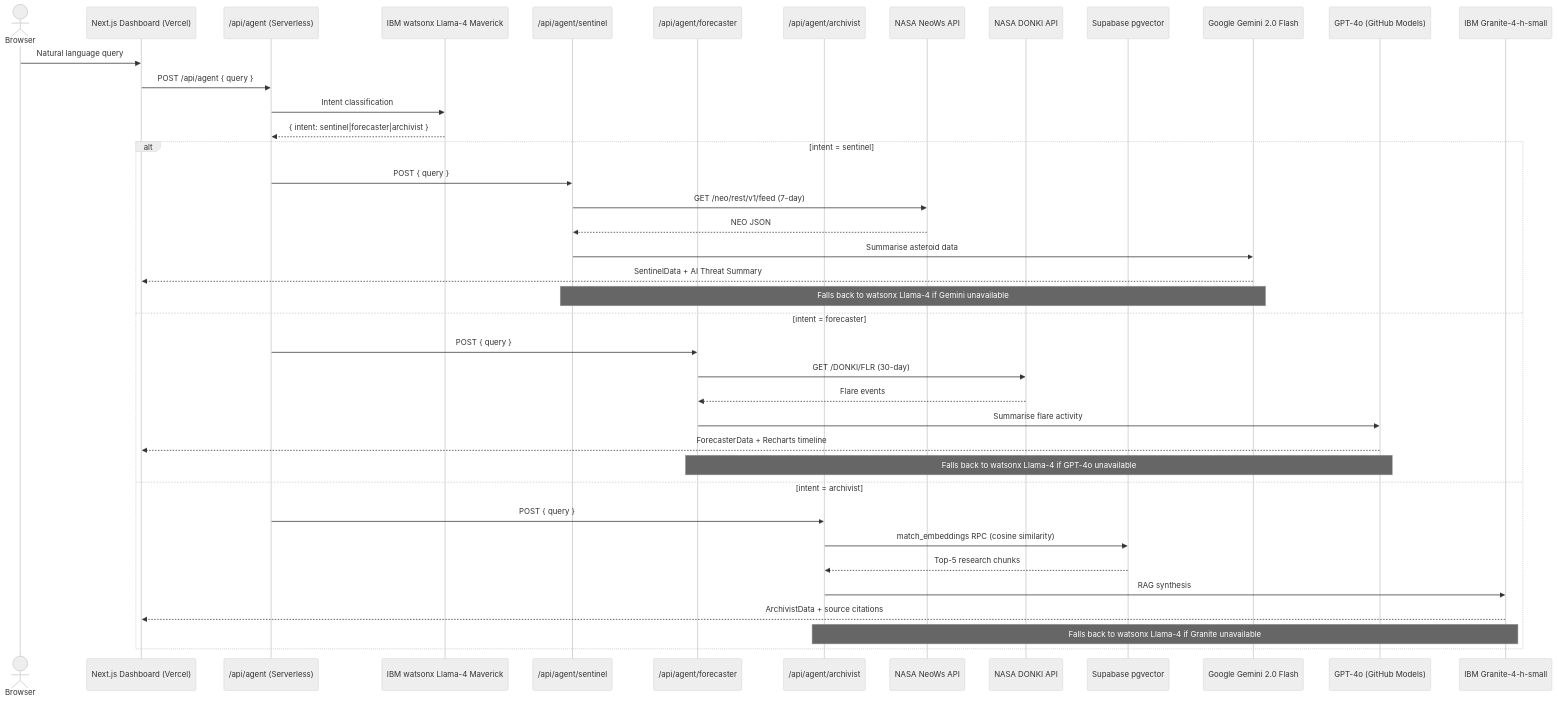
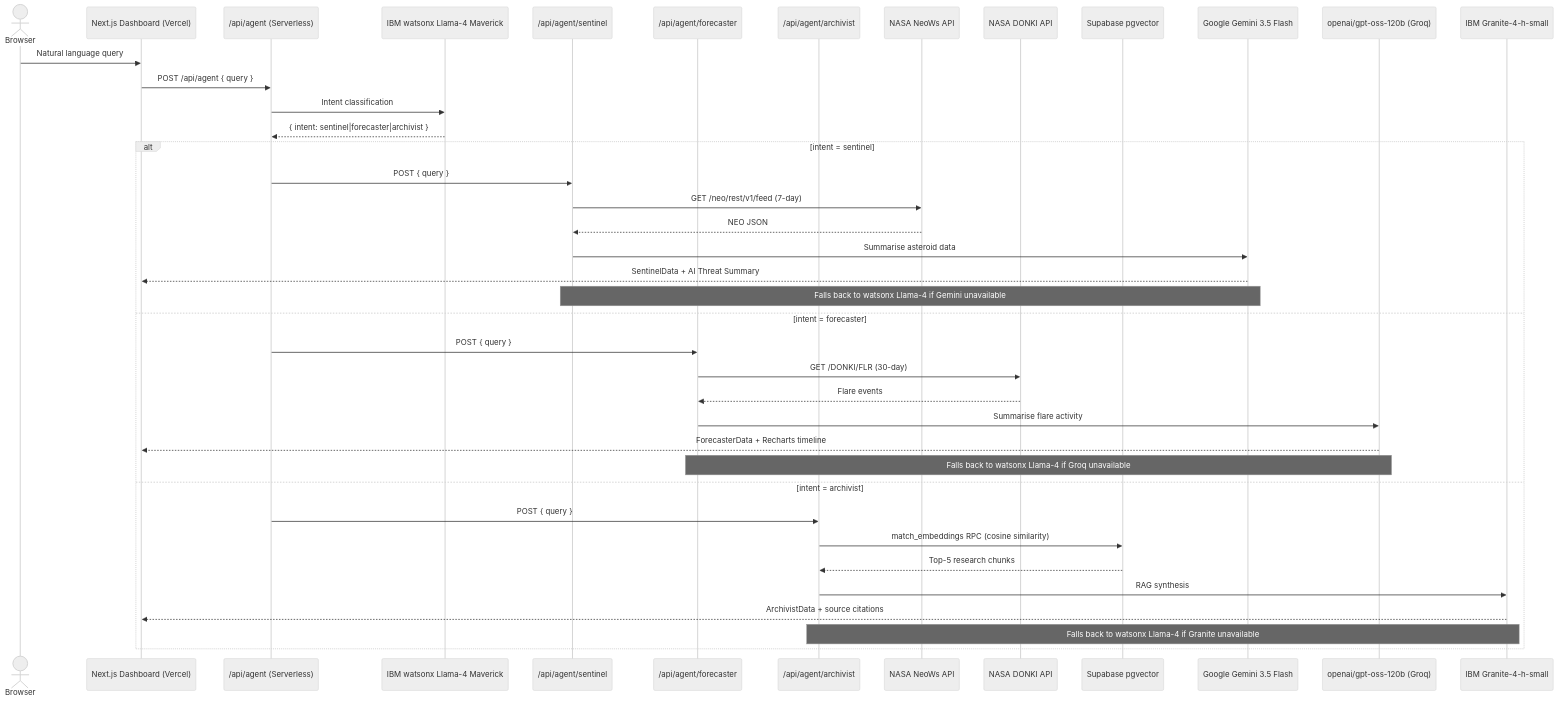
The diagram in README.md (primegideon/orion-space-command), drawn with Mermaid (neutral theme) before and after one commit. The commit also changed other lines of this file and 3 other files, not shown here.

First line of the commit message:
fix: Groq reasoning model support + remove Data Compliance Gateway panel + update README

````diff
--- a/README.md
+++ b/README.md
@@ -98,44 +98,44 @@
 ```mermaid
 sequenceDiagram
     actor User as Browser
     participant UI as Next.js Dashboard (Vercel)
     participant Router as /api/agent (Serverless)
     participant WX as IBM watsonx Llama-4 Maverick
     participant Sentinel as /api/agent/sentinel
     participant Forecaster as /api/agent/forecaster
     participant Archivist as /api/agent/archivist
     participant NeoWs as NASA NeoWs API
     participant DONKI as NASA DONKI API
     participant SB as Supabase pgvector
-    participant Gemini as Google Gemini 2.0 Flash
-    participant GPT4o as GPT-4o (GitHub Models)
+    participant Gemini as Google Gemini 3.5 Flash
+    participant Groq as openai/gpt-oss-120b (Groq)
     participant Granite as IBM Granite-4-h-small
 
     User->>UI: Natural language query
     UI->>Router: POST /api/agent { query }
     Router->>WX: Intent classification
     WX-->>Router: { intent: sentinel|forecaster|archivist }
 
     alt intent = sentinel
         Router->>Sentinel: POST { query }
         Sentinel->>NeoWs: GET /neo/rest/v1/feed (7-day)
         NeoWs-->>Sentinel: NEO JSON
         Sentinel->>Gemini: Summarise asteroid data
         Gemini-->>UI: SentinelData + AI Threat Summary
         note over Sentinel,Gemini: Falls back to watsonx Llama-4 if Gemini unavailable
     else intent = forecaster
         Router->>Forecaster: POST { query }
         Forecaster->>DONKI: GET /DONKI/FLR (30-day)
         DONKI-->>Forecaster: Flare events
-        Forecaster->>GPT4o: Summarise flare activity
-        GPT4o-->>UI: ForecasterData + Recharts timeline
-        note over Forecaster,GPT4o: Falls back to watsonx Llama-4 if GPT-4o unavailable
+        Forecaster->>Groq: Summarise flare activity
+        Groq-->>UI: ForecasterData + Recharts timeline
+        note over Forecaster,Groq: Falls back to watsonx Llama-4 if Groq unavailable
     else intent = archivist
         Router->>Archivist: POST { query }
         Archivist->>SB: match_embeddings RPC (cosine similarity)
         SB-->>Archivist: Top-5 research chunks
         Archivist->>Granite: RAG synthesis
         Granite-->>UI: ArchivistData + source citations
         note over Archivist,Granite: Falls back to watsonx Llama-4 if Granite unavailable
     end
 ```
````
